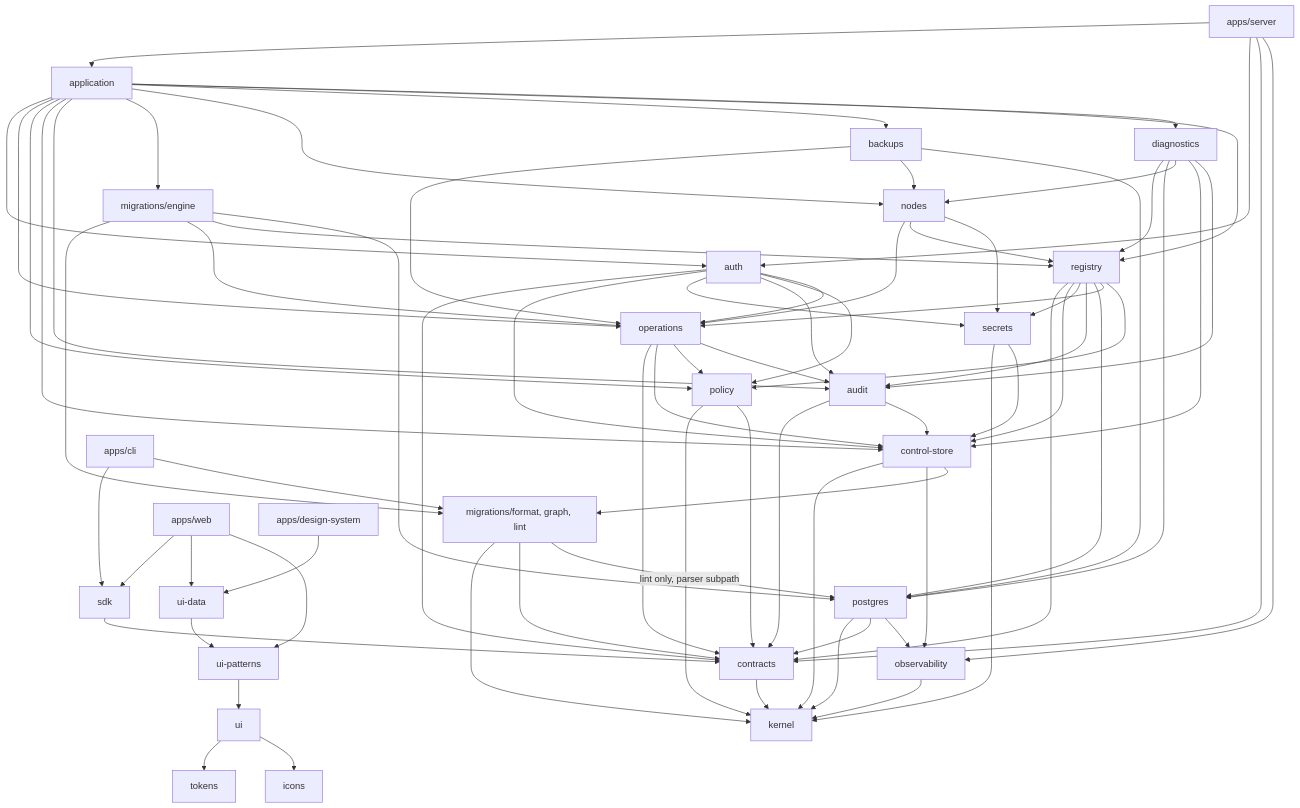
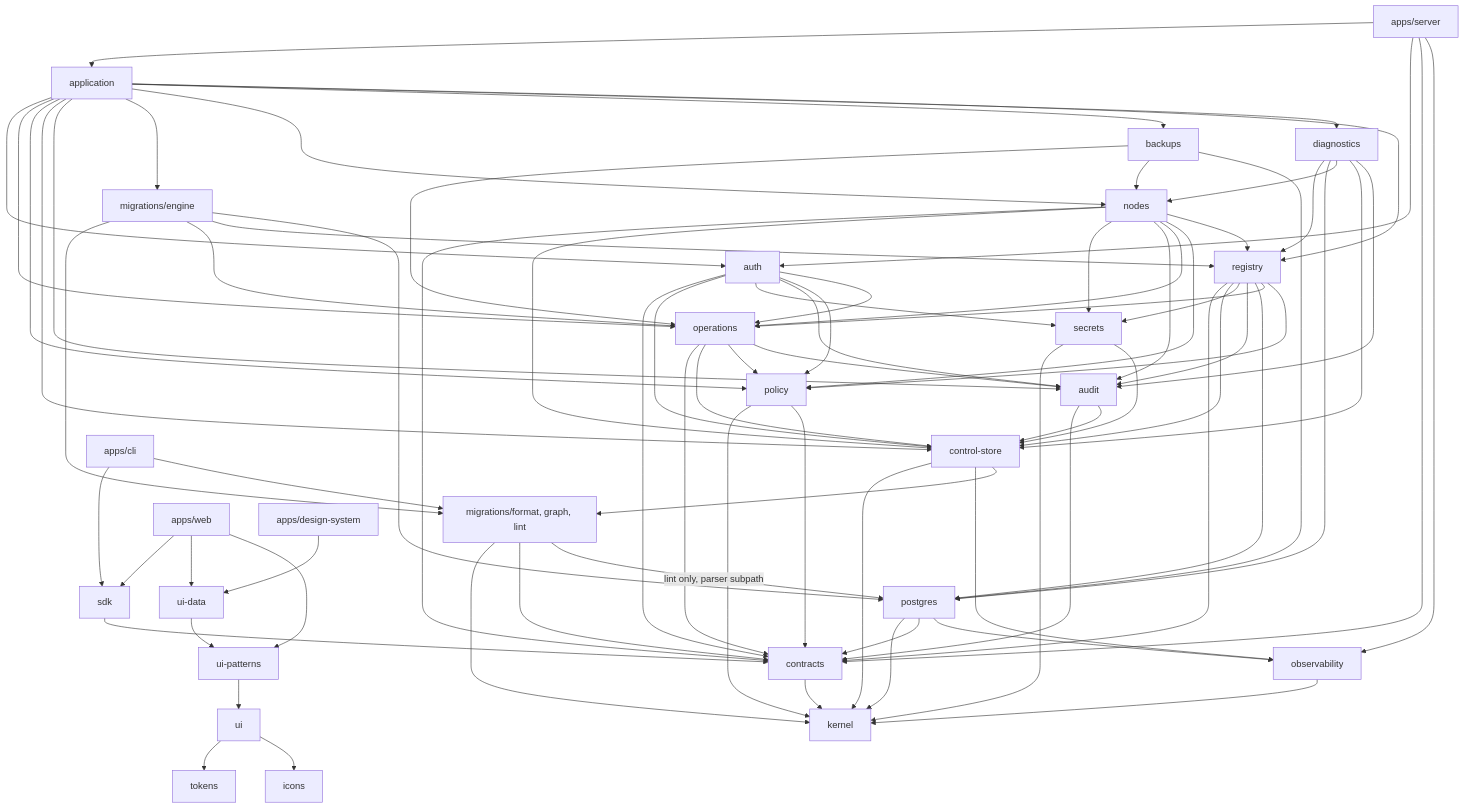
Before and after one commit to davdxpx/ExponetDB: the diagram in exponetdb-docs/01-architecture/package-architecture.md, drawn with Mermaid. The commit also changed other lines of this file and 18 other files, not shown here.

````diff
--- a/exponetdb-docs/01-architecture/package-architecture.md
+++ b/exponetdb-docs/01-architecture/package-architecture.md
@@ -217,78 +217,82 @@
 ```mermaid
 graph TD
   kernel
   contracts --> kernel
   observability --> kernel
   controlstore[control-store] --> kernel
   controlstore --> observability
   controlstore --> migpure
   migpure[migrations/format, graph, lint] --> kernel
   migpure --> contracts
   migpure -- lint only, parser subpath --> postgres
   secrets --> kernel
   secrets --> controlstore
   audit --> contracts
   audit --> controlstore
   postgres --> kernel
   postgres --> contracts
   postgres --> observability
   policy --> kernel
   policy --> contracts
   auth --> contracts
   auth --> controlstore
   auth --> secrets
   auth --> audit
   auth --> policy
   auth --> operations
   registry --> contracts
   registry --> controlstore
   registry --> secrets
   registry --> audit
   registry --> postgres
   registry --> operations
   registry --> policy
   operations --> contracts
   operations --> controlstore
   operations --> policy
   operations --> audit
   migengine[migrations/engine] --> migpure
   migengine --> operations
   migengine --> registry
   migengine --> postgres
+  nodes --> contracts
+  nodes --> controlstore
+  nodes --> secrets
+  nodes --> audit
   nodes --> operations
+  nodes --> policy
   nodes --> registry
-  nodes --> secrets
   backups --> operations
   backups --> nodes
   backups --> postgres
   diagnostics --> registry
   diagnostics --> postgres
   diagnostics --> nodes
   diagnostics --> controlstore
   diagnostics --> audit
   application --> auth
   application --> operations
   application --> policy
   application --> controlstore
   application --> audit
   application --> migengine
   application --> nodes
   application --> backups
   application --> diagnostics
   application --> registry
   server[apps/server] --> application
   server --> auth
   server --> contracts
   server --> observability
   sdk --> contracts
   cli[apps/cli] --> sdk
   cli --> migpure
   web[apps/web] --> sdk
   web --> uidata[ui-data]
   web --> uipatterns[ui-patterns]
   uidata --> uipatterns
   uipatterns --> ui
   ui --> tokens
   ui --> icons
   ds[apps/design-system] --> uidata
 ```
````
